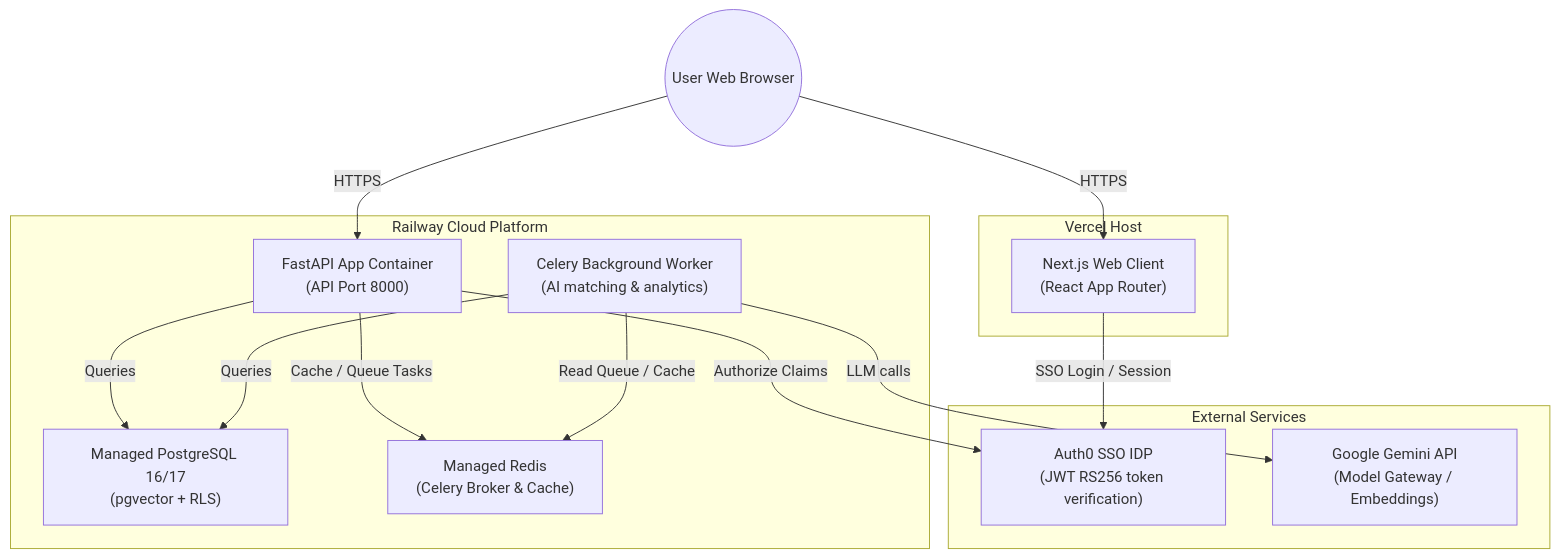
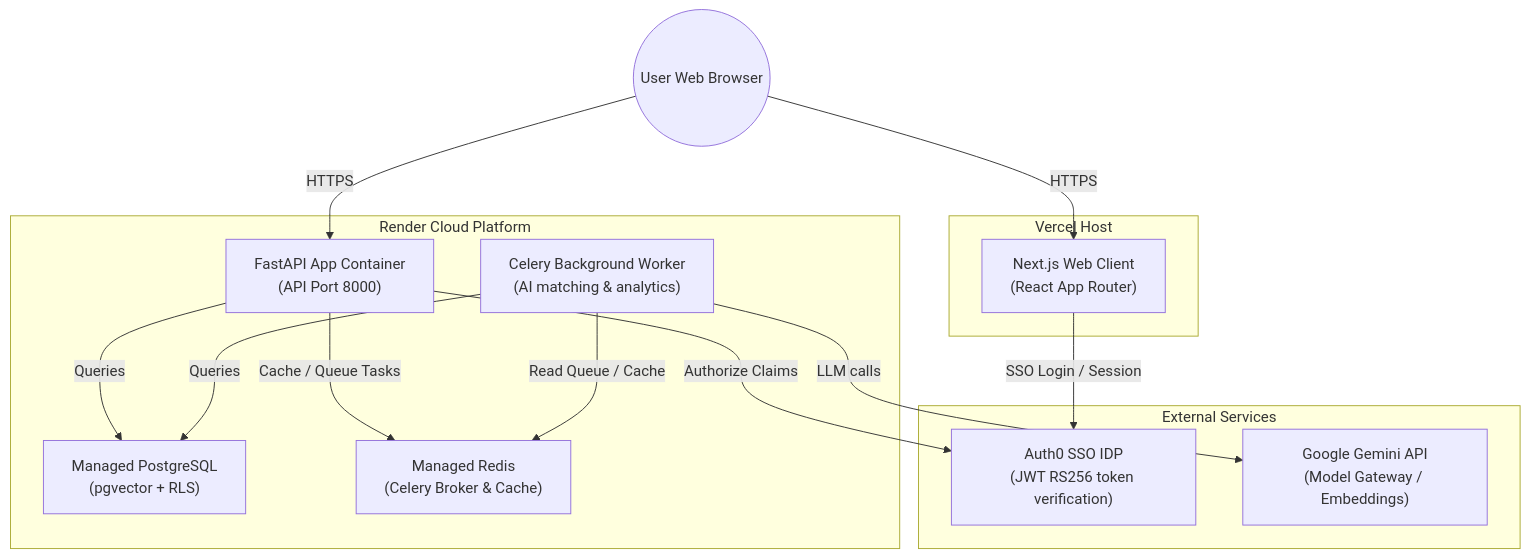
One commit to hkachhawaha/Cost-Intelligence changed the diagram in Docs/Deployment Guide.md. Above: the diagram before and after it, drawn with Mermaid. The commit also changed other lines of this file and 2 other files, not shown here.

Commit message:
Update deployment architecture and guide for Vercel & Render

````diff
--- a/Docs/Deployment Guide.md
+++ b/Docs/Deployment Guide.md
@@ -9,29 +9,29 @@
 ```mermaid
 graph TB
     subgraph Frontend ["Vercel Host"]
         NextJS["Next.js Web Client<br/>(React App Router)"]
     end
 
-    subgraph Backend ["Railway Cloud Platform"]
+    subgraph Backend ["Render Cloud Platform"]
         FastAPI["FastAPI App Container<br/>(API Port 8000)"]
         CeleryWorker["Celery Background Worker<br/>(AI matching & analytics)"]
-        Postgres["Managed PostgreSQL 16/17<br/>(pgvector + RLS)"]
+        Postgres["Managed PostgreSQL<br/>(pgvector + RLS)"]
         Redis["Managed Redis<br/>(Celery Broker & Cache)"]
     end
 
     subgraph IDP ["External Services"]
         Auth0["Auth0 SSO IDP<br/>(JWT RS256 token verification)"]
         Gemini["Google Gemini API<br/>(Model Gateway / Embeddings)"]
     end
 
     %% Flow lines
     User((User Web Browser)) -->|HTTPS| NextJS
     User -->|HTTPS| FastAPI
     NextJS -->|SSO Login / Session| Auth0
     FastAPI -->|Authorize Claims| Auth0
     FastAPI -->|Queries| Postgres
     FastAPI -->|Cache / Queue Tasks| Redis
     CeleryWorker -->|Read Queue / Cache| Redis
     CeleryWorker -->|Queries| Postgres
     CeleryWorker -->|LLM calls| Gemini
 ```
````
